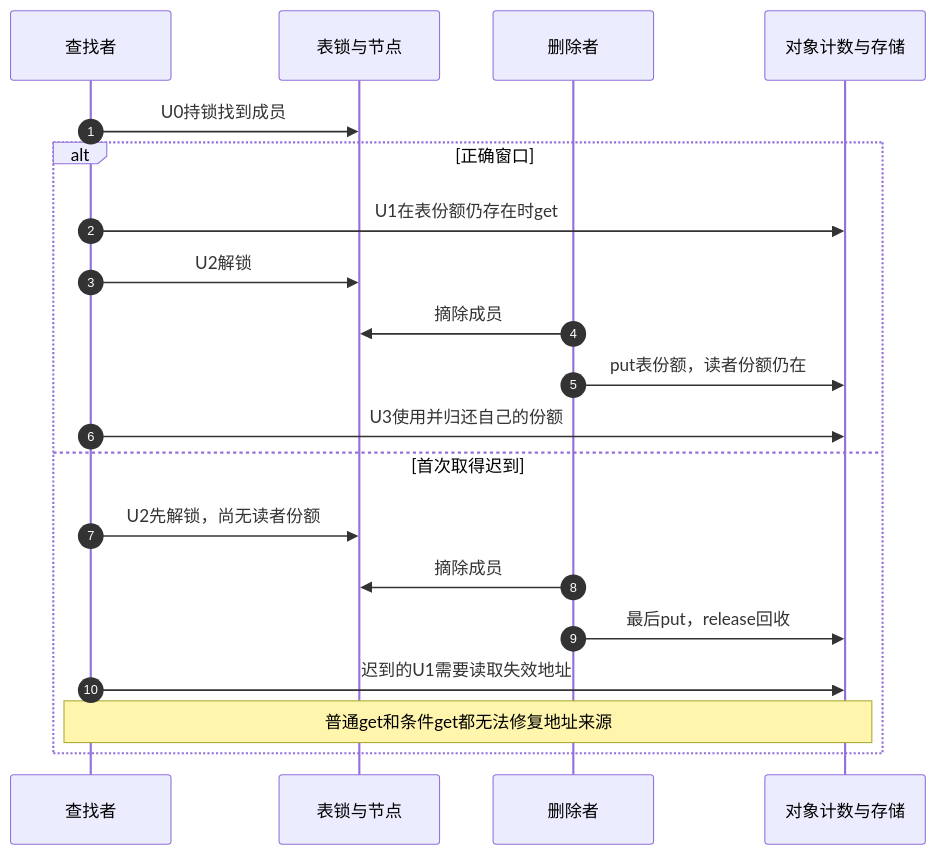
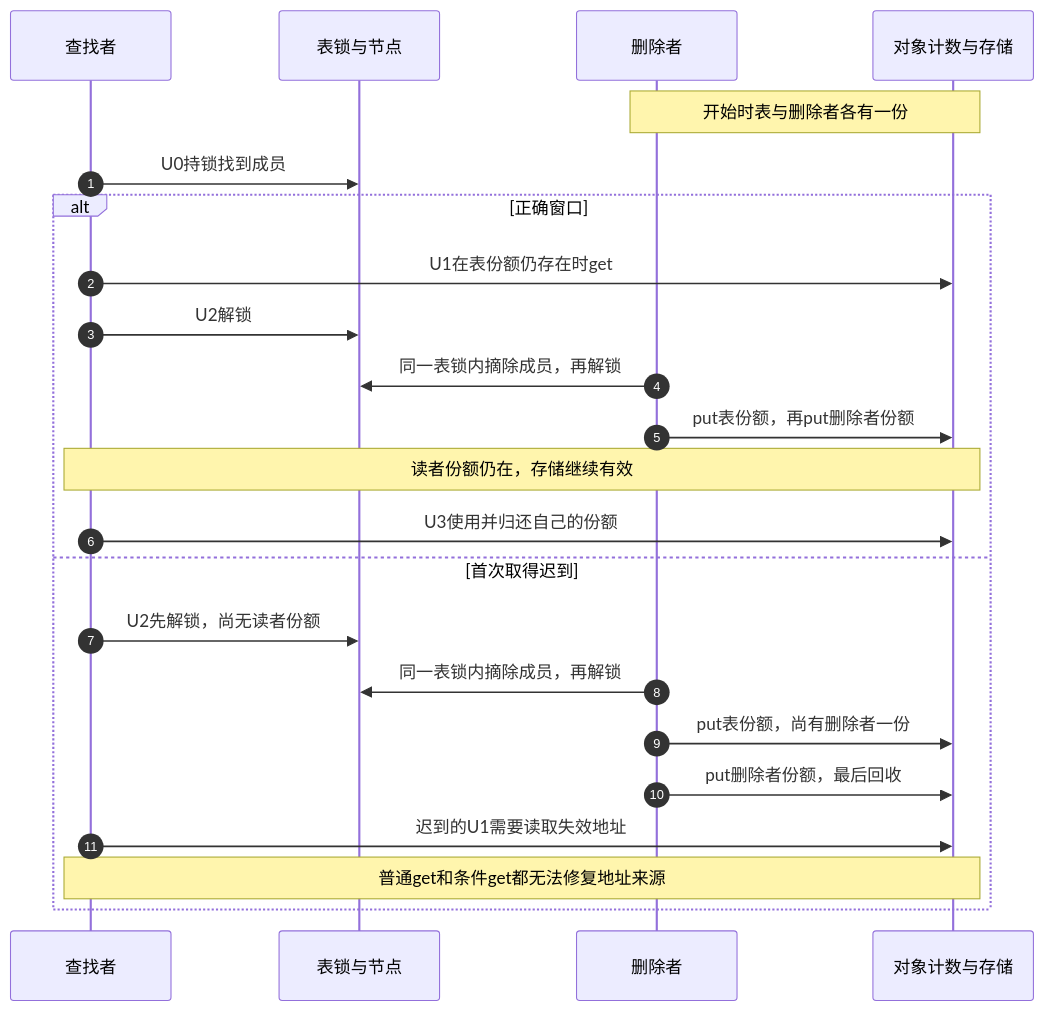
One commit to FormingSystem/linux_note changed the second of 2 diagrams in knowledge/linux/object_lifetime/kref/P34_查找窗口与条件取得实验.md. Above: the diagram before and after it, drawn with Mermaid. The commit also changed other lines of this file, not shown here.

````diff
--- a/knowledge/linux/object_lifetime/kref/P34_查找窗口与条件取得实验.md
+++ b/knowledge/linux/object_lifetime/kref/P34_查找窗口与条件取得实验.md
@@ -70,22 +71,25 @@
 ```mermaid
 sequenceDiagram
     autonumber
     participant L as 查找者
     participant T as 表锁与节点
     participant D as 删除者
     participant R as 对象计数与存储
+    Note over D,R: 开始时表与删除者各有一份
     L->>T: U0持锁找到成员
     alt 正确窗口
         L->>R: U1在表份额仍存在时get
         L->>T: U2解锁
-        D->>T: 摘除成员
-        D->>R: put表份额，读者份额仍在
+        D->>T: 同一表锁内摘除成员，再解锁
+        D->>R: put表份额，再put删除者份额
+        Note over L,R: 读者份额仍在，存储继续有效
         L->>R: U3使用并归还自己的份额
     else 首次取得迟到
         L->>T: U2先解锁，尚无读者份额
-        D->>T: 摘除成员
-        D->>R: 最后put，release回收
+        D->>T: 同一表锁内摘除成员，再解锁
+        D->>R: put表份额，尚有删除者一份
+        D->>R: put删除者份额，最后回收
         L->>R: 迟到的U1需要读取失效地址
         Note over L,R: 普通get和条件get都无法修复地址来源
     end
 ```
````
